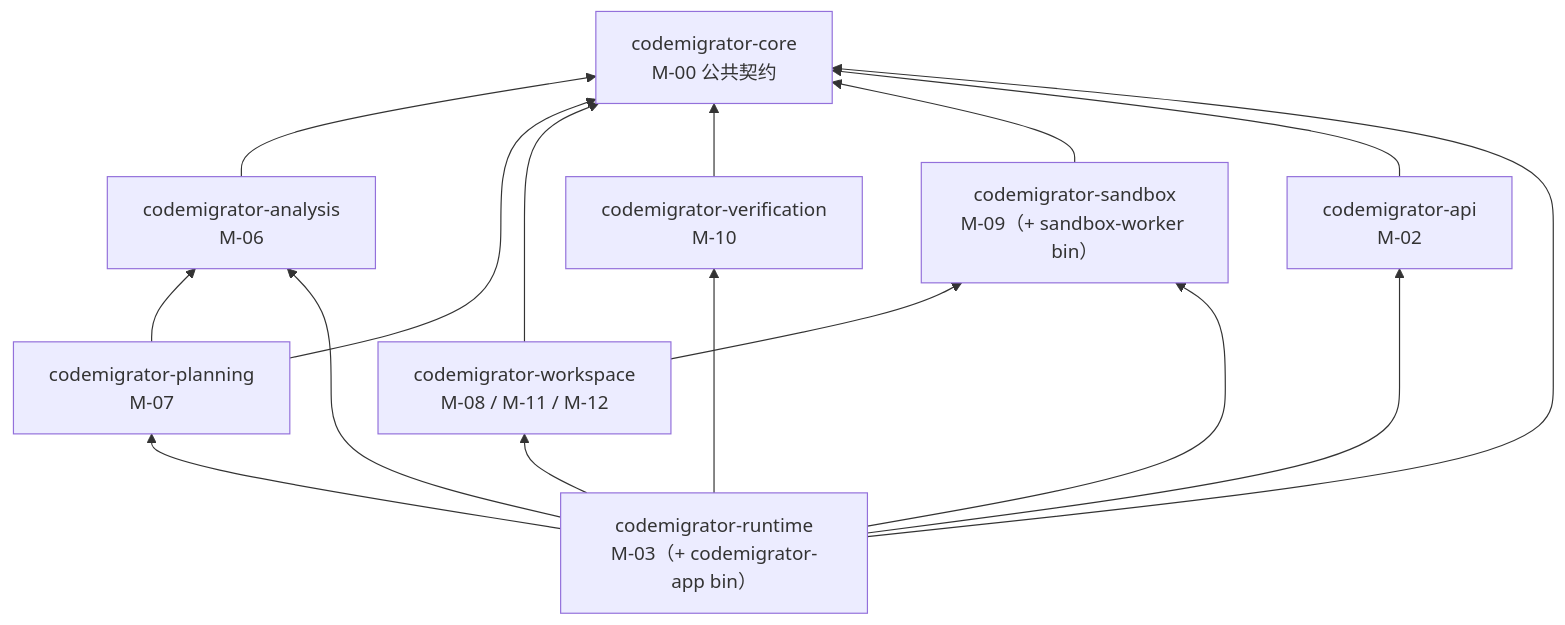
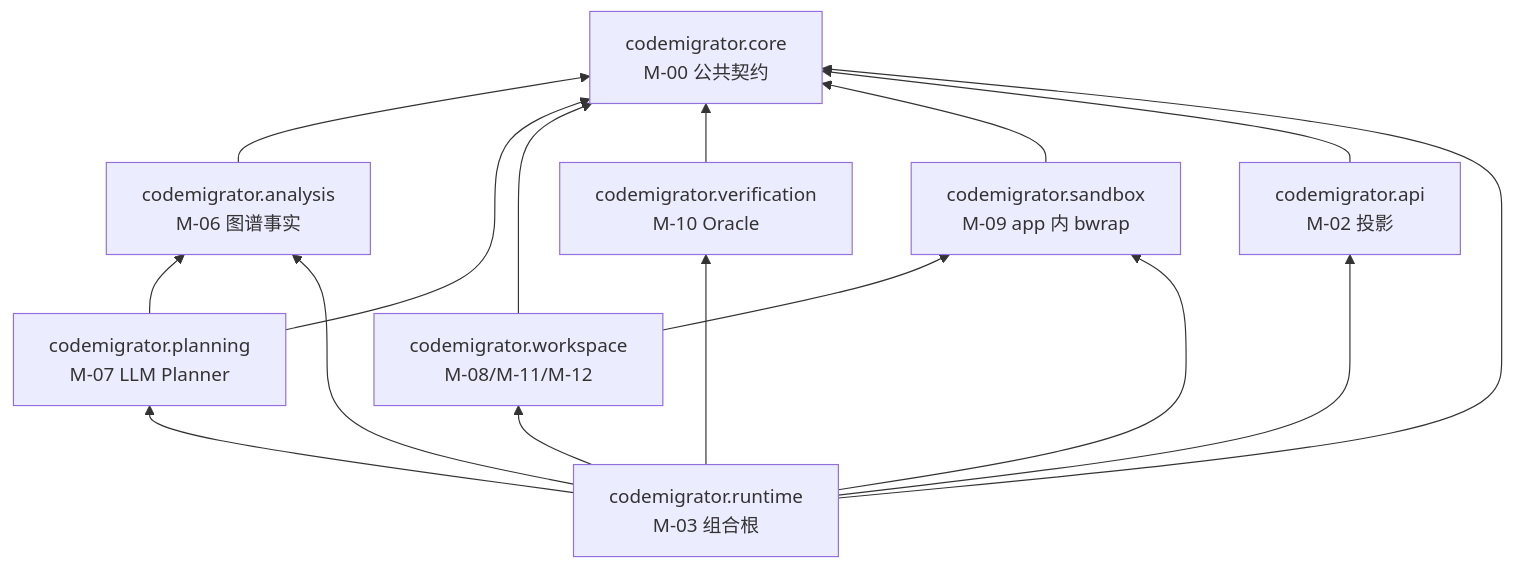
The first of 4 diagrams in my_space/codemigrator_dev_progress/CodeMigrator开发任务规划与进度跟踪.md (LT0X/CodeMigrator), drawn with Mermaid before and after one commit. The commit also changed other lines of this file and 55 other files, not shown here.

````diff
--- a/my_space/codemigrator_dev_progress/CodeMigrator开发任务规划与进度跟踪.md
+++ b/my_space/codemigrator_dev_progress/CodeMigrator开发任务规划与进度跟踪.md
@@ -181,27 +188,27 @@
 ```mermaid
 flowchart BT
-    core["codemigrator-core<br/>M-00 公共契约"]
-    analysis["codemigrator-analysis<br/>M-06"]
-    planning["codemigrator-planning<br/>M-07"]
-    workspace["codemigrator-workspace<br/>M-08 / M-11 / M-12"]
-    verification["codemigrator-verification<br/>M-10"]
-    sandbox["codemigrator-sandbox<br/>M-09（+ sandbox-worker bin）"]
-    api["codemigrator-api<br/>M-02"]
-    runtime["codemigrator-runtime<br/>M-03（+ codemigrator-app bin）"]
+    core["codemigrator.core<br/>M-00 公共契约"]
+    analysis["codemigrator.analysis<br/>M-06 图谱事实"]
+    planning["codemigrator.planning<br/>M-07 LLM Planner"]
+    workspace["codemigrator.workspace<br/>M-08/M-11/M-12"]
+    verification["codemigrator.verification<br/>M-10 Oracle"]
+    sandbox["codemigrator.sandbox<br/>M-09 app 内 bwrap"]
+    api["codemigrator.api<br/>M-02 投影"]
+    runtime["codemigrator.runtime<br/>M-03 组合根"]
 
     analysis --> core
     planning --> core
     planning --> analysis
     workspace --> core
     workspace --> sandbox
     verification --> core
     sandbox --> core
     api --> core
     runtime --> core
     runtime --> analysis
     runtime --> planning
     runtime --> workspace
     runtime --> verification
     runtime --> sandbox
     runtime --> api
 ```
````
